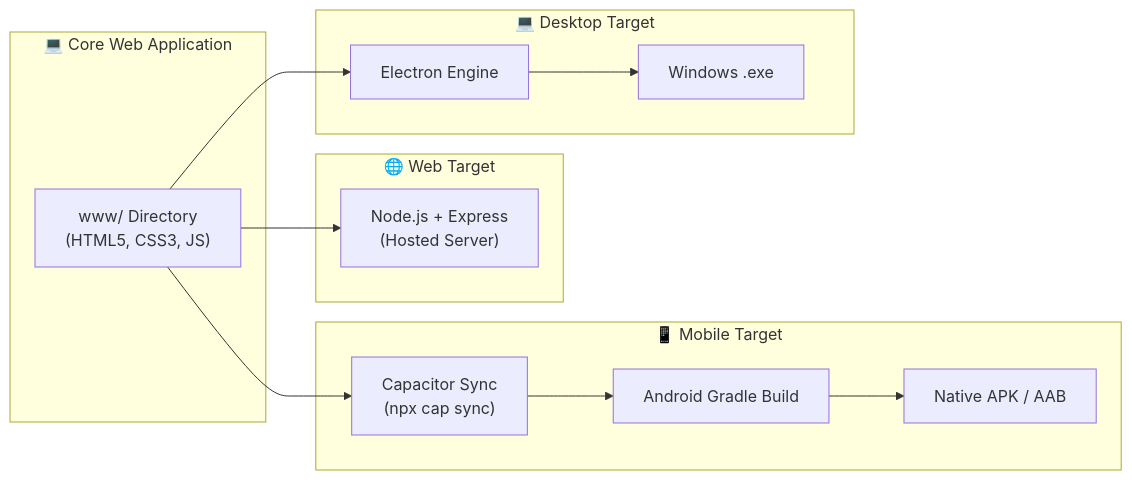
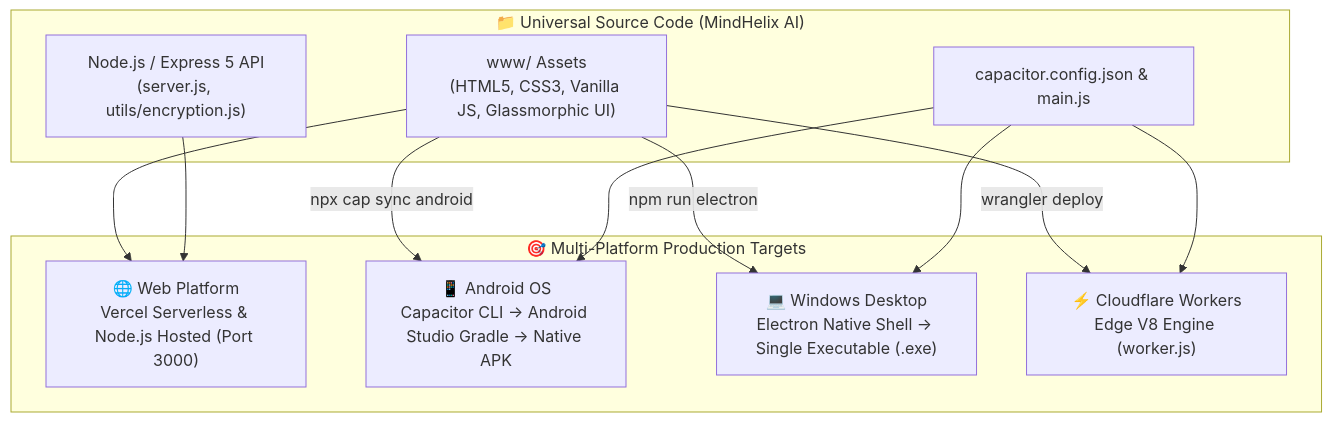
The eighth of 8 diagrams in ARCHITECTURE.md (dhyangandhi/MindHelix-AI), drawn with Mermaid before and after one commit. The commit also changed other lines of this file and 1 other file, not shown here.

````diff
--- a/ARCHITECTURE.md
+++ b/ARCHITECTURE.md
@@ -156,25 +311,27 @@
 ```mermaid
-flowchart LR
-    subgraph Source["💻 Core Web Application"]
-        HTML_CSS_JS["www/ Directory\n(HTML5, CSS3, JS)"]
+flowchart TD
+    subgraph Codebase["📁 Universal Source Code (MindHelix AI)"]
+        WWW["www/ Assets\n(HTML5, CSS3, Vanilla JS, Glassmorphic UI)"]
+        API["Node.js / Express 5 API\n(server.js, utils/encryption.js)"]
+        Configs["capacitor.config.json & main.js"]
     end
 
-    subgraph Web["🌐 Web Target"]
-        NodeServer["Node.js + Express\n(Hosted Server)"]
+    subgraph Targets["🎯 Multi-Platform Production Targets"]
+        T_Web["🌐 Web Platform\nVercel Serverless & Node.js Hosted (Port 3000)"]
+        T_Android["📱 Android OS\nCapacitor CLI -> Android Studio Gradle -> Native APK"]
+        T_Desktop["💻 Windows Desktop\nElectron Native Shell -> Single Executable (.exe)"]
+        T_Edge["⚡ Cloudflare Workers\nEdge V8 Engine (worker.js)"]
     end
 
-    subgraph Mobile["📱 Mobile Target"]
-        CapacitorCLI["Capacitor Sync\n(npx cap sync)"]
-        AndroidBuild["Android Gradle Build"]
-        APK_Bundle["Native APK / AAB"]
-    end
+    WWW --> T_Web
+    API --> T_Web
+    
+    WWW -->|npx cap sync android| T_Android
+    Configs --> T_Android
 
-    subgraph Desktop["💻 Desktop Target"]
-        ElectronBuild["Electron Engine"]
-        ExeBundle["Windows .exe"]
-    end
+    WWW -->|npm run electron| T_Desktop
+    Configs --> T_Desktop
 
-    HTML_CSS_JS --> NodeServer
-    HTML_CSS_JS --> CapacitorCLI --> AndroidBuild --> APK_Bundle
-    HTML_CSS_JS --> ElectronBuild --> ExeBundle
+    WWW -->|wrangler deploy| T_Edge
+    Configs --> T_Edge
 ```
````
